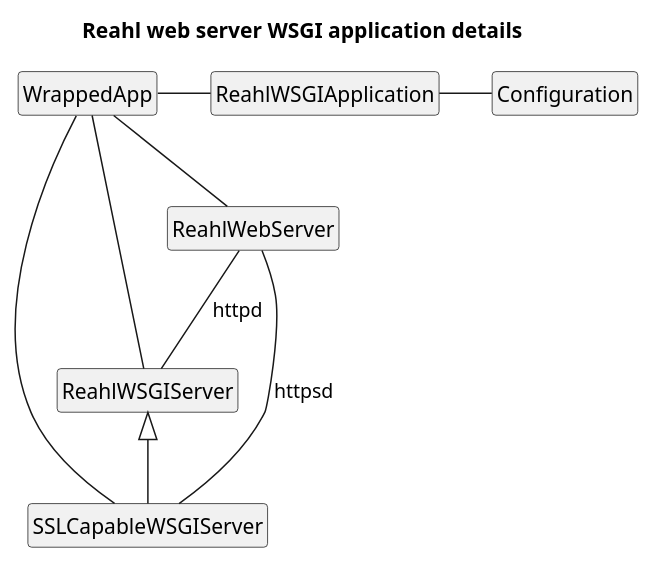
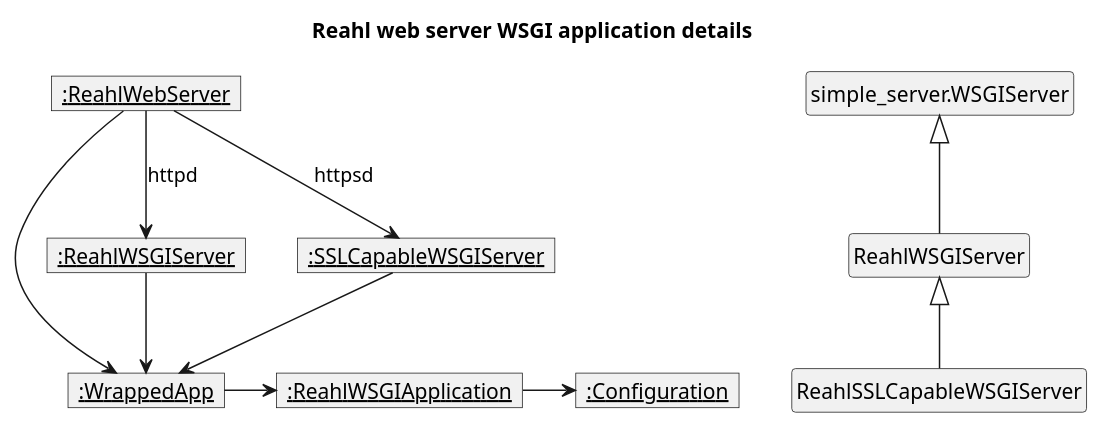
One commit to reahl/reahl changed the diagram in reahl-webdev/reahl/webdev_dev/web_server_wsgi_application_details.puml. Above: the diagram before and after it, drawn with PlantUML. The commit also changed 28 other files, not shown here.

```diff
--- a/reahl-webdev/reahl/webdev_dev/web_server_wsgi_application_details.puml
+++ b/reahl-webdev/reahl/webdev_dev/web_server_wsgi_application_details.puml
@@ -1,17 +1,30 @@
 @startuml
 
 title Reahl web server WSGI application details
 
 hide members
 hide circle
 
-ReahlWSGIServer <|-- SSLCapableWSGIServer
-ReahlWebServer -- ReahlWSGIServer : httpd
-ReahlWebServer -- SSLCapableWSGIServer : httpsd
-WrappedApp -- ReahlWSGIServer
-WrappedApp -- ReahlWebServer
-WrappedApp -- SSLCapableWSGIServer
-WrappedApp -right- ReahlWSGIApplication
-ReahlWSGIApplication -right- Configuration
+class "simple_server.WSGIServer" as ssWSGISServer
+
+ssWSGISServer <|-- ReahlWSGIServer
+ReahlWSGIServer <|-- ReahlSSLCapableWSGIServer
+
+'object diagram
+object "<u>:ReahlWebServer</u>" as reahlwebserver
+object "<u>:ReahlWSGIServer</u>" as reahlwsgiserver
+object "<u>:SSLCapableWSGIServer</u>" as sslcapablewsgiserver
+object "<u>:WrappedApp</u>" as wrappedapp
+object "<u>:ReahlWSGIApplication</u>" as rwsgiapplication
+object "<u>:Configuration</u>" as configuration
+
+reahlwebserver -down-> reahlwsgiserver : httpd
+reahlwebserver -down-> sslcapablewsgiserver : httpsd
+reahlwebserver --> wrappedapp
+reahlwsgiserver --> wrappedapp
+sslcapablewsgiserver --> wrappedapp
+wrappedapp -right-> rwsgiapplication
+rwsgiapplication -right-> configuration
+
 
 @enduml
```
